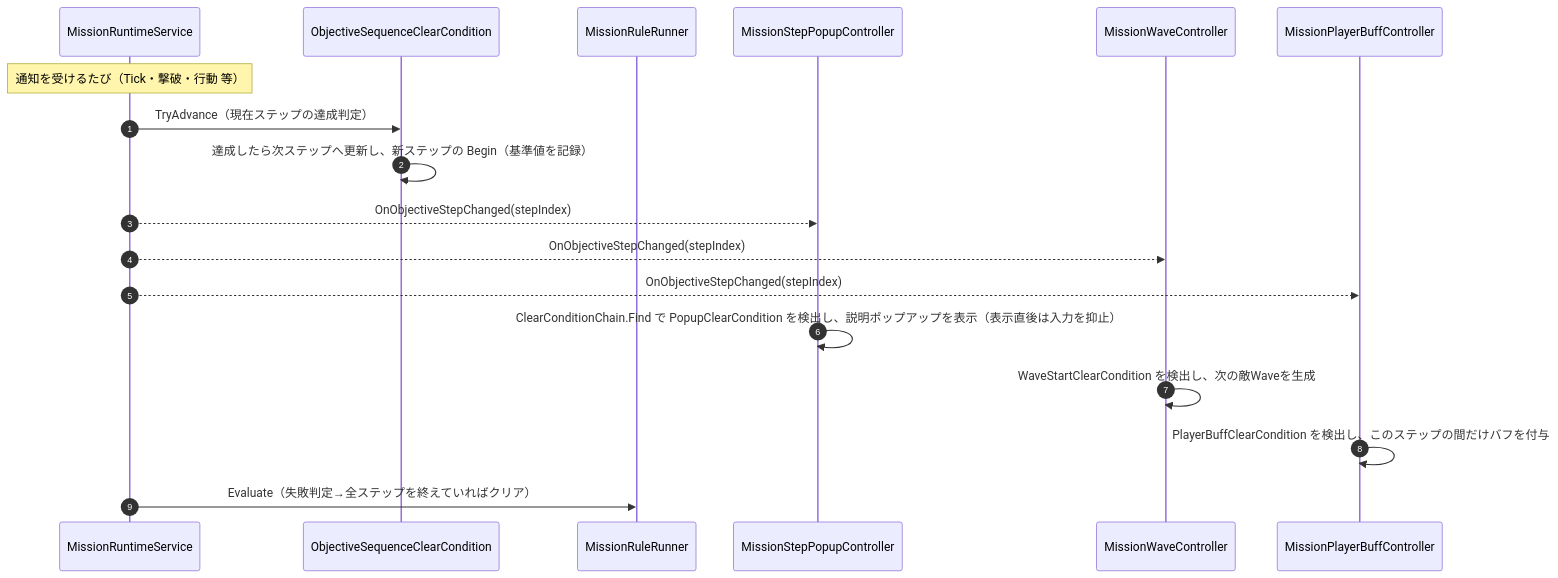
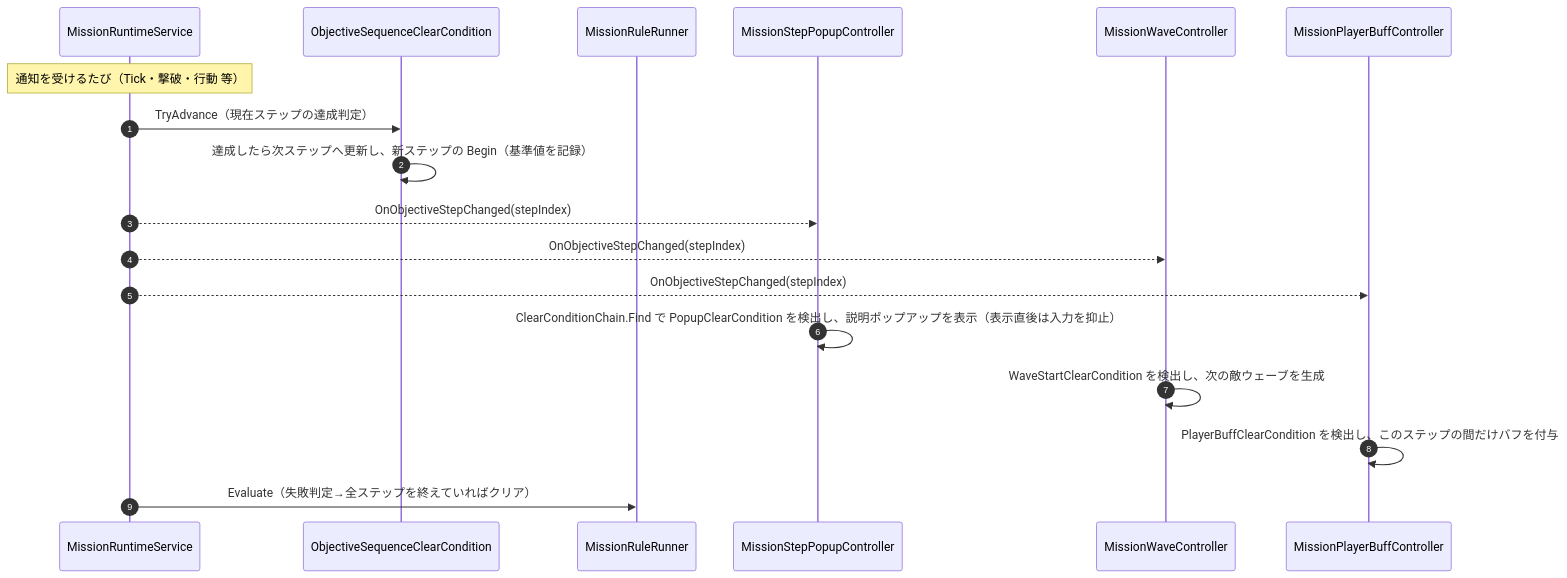
The diagram in Docs/NotionMigration/pages/A2b/3bf7c2c6-cc02-8184-ab76-d50a4ac7e15a.md (HIBIKI5201/SymphonyKillChord), drawn with Mermaid before and after one commit. The commit also changed other lines of this file and 175 other files, not shown here.

````diff
--- a/Docs/NotionMigration/pages/A2b/3bf7c2c6-cc02-8184-ab76-d50a4ac7e15a.md
+++ b/Docs/NotionMigration/pages/A2b/3bf7c2c6-cc02-8184-ab76-d50a4ac7e15a.md
@@ -25,21 +26,21 @@
 ```mermaid
 sequenceDiagram
     autonumber
     participant Runtime as MissionRuntimeService
     participant Seq as ObjectiveSequenceClearCondition
     participant Runner as MissionRuleRunner
     participant Popup as MissionStepPopupController
     participant Wave as MissionWaveController
     participant Buff as MissionPlayerBuffController
 
     Note over Runtime: 通知を受けるたび（Tick・撃破・行動 等）
     Runtime ->> Seq: TryAdvance（現在ステップの達成判定）
     Seq ->> Seq: 達成したら次ステップへ更新し、新ステップの Begin（基準値を記録）
     Runtime -->> Popup: OnObjectiveStepChanged(stepIndex)
     Runtime -->> Wave: OnObjectiveStepChanged(stepIndex)
     Runtime -->> Buff: OnObjectiveStepChanged(stepIndex)
     Popup ->> Popup: ClearConditionChain.Find で PopupClearCondition を検出し、説明ポップアップを表示（表示直後は入力を抑止）
-    Wave ->> Wave: WaveStartClearCondition を検出し、次の敵Waveを生成
+    Wave ->> Wave: WaveStartClearCondition を検出し、次の敵ウェーブを生成
     Buff ->> Buff: PlayerBuffClearCondition を検出し、このステップの間だけバフを付与
     Runtime ->> Runner: Evaluate（失敗判定→全ステップを終えていればクリア）
 ```
````
